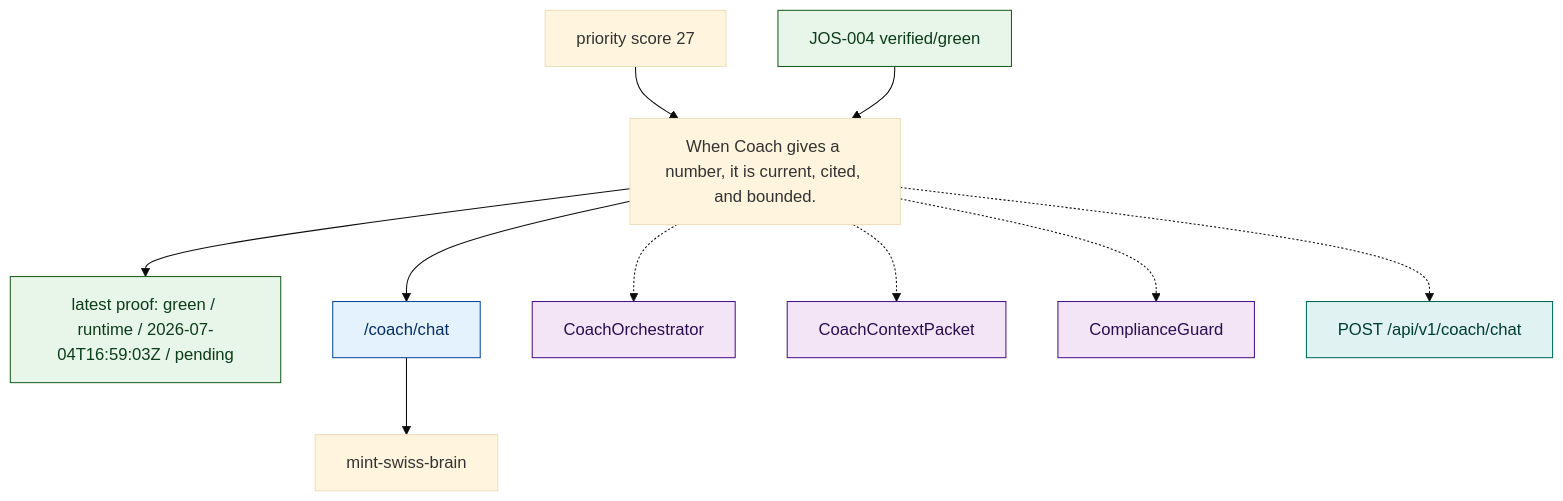
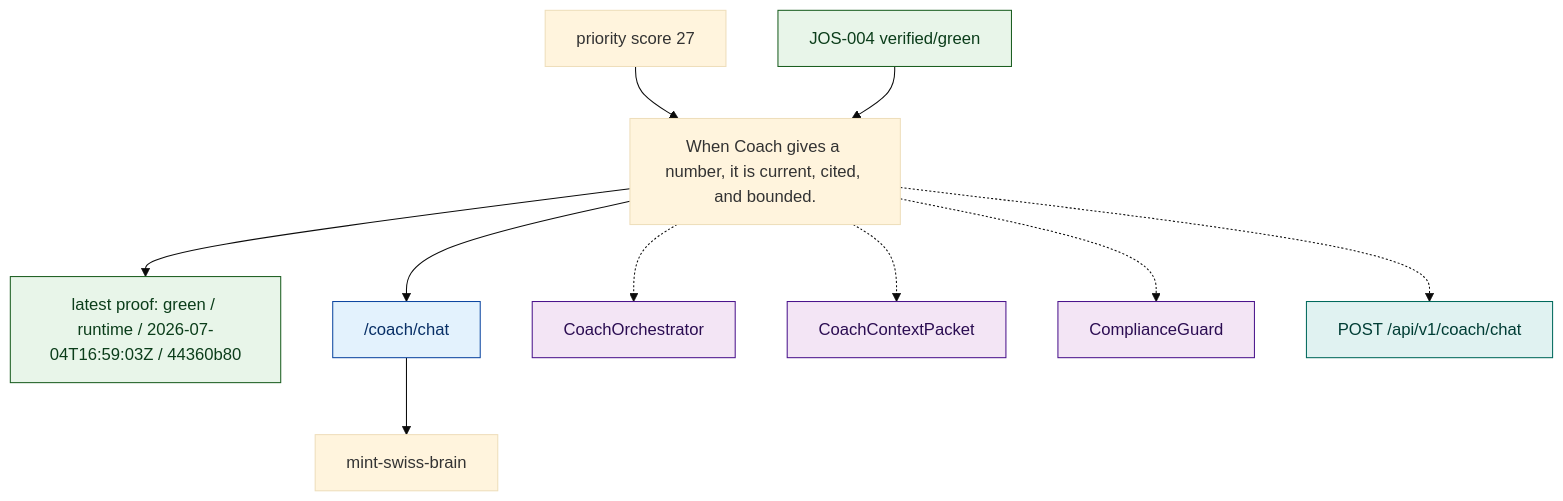
One commit to MINT-IA/MINT changed the diagram in .planning/journeys/diagrams/coach_advice_turn.mmd. Above: the diagram before and after it, drawn with Mermaid (base theme). The commit also changed 3 other files, not shown here.

```diff
--- a/.planning/journeys/diagrams/coach_advice_turn.mmd
+++ b/.planning/journeys/diagrams/coach_advice_turn.mmd
@@ -1,36 +1,36 @@
 %% Generated from .planning/journeys/records/coach_advice_turn.json
 flowchart TD
   promise["When Coach gives a number, it is current, cited, and bounded."]
   team["mint-swiss-brain"]
-  latest["latest proof: green / runtime / 2026-07-04T16:59:03Z / pending"]
+  latest["latest proof: green / runtime / 2026-07-04T16:59:03Z / 44360b80"]
   promise --> latest
   classDef green fill:#e8f5e9,stroke:#1b5e20,color:#0b3d1a;
   classDef red fill:#ffebee,stroke:#b71c1c,color:#5f1111;
   classDef amber fill:#fff8e1,stroke:#ff8f00,color:#5f3b00;
   classDef blocked fill:#eceff1,stroke:#455a64,color:#263238;
   classDef neutral fill:#f5f5f5,stroke:#616161,color:#212121;
   classDef route fill:#e3f2fd,stroke:#0d47a1,color:#082f66;
   classDef surface fill:#f3e5f5,stroke:#4a148c,color:#2b0d52;
   classDef api fill:#e0f2f1,stroke:#00695c,color:#003d35;
   class latest green
   priority["priority score 27"]
   priority --> promise
   route_coach_chat["/coach/chat"]
   promise --> route_coach_chat
   route_coach_chat --> team
   class route_coach_chat route
   surface_CoachOrchestrator["CoachOrchestrator"]
   promise -.-> surface_CoachOrchestrator
   class surface_CoachOrchestrator surface
   surface_CoachContextPacket["CoachContextPacket"]
   promise -.-> surface_CoachContextPacket
   class surface_CoachContextPacket surface
   surface_ComplianceGuard["ComplianceGuard"]
   promise -.-> surface_ComplianceGuard
   class surface_ComplianceGuard surface
   api_POST_api_v1_coach_chat["POST /api/v1/coach/chat"]
   promise -.-> api_POST_api_v1_coach_chat
   class api_POST_api_v1_coach_chat api
   issue_JOS_004["JOS-004 verified/green"]
   issue_JOS_004 --> promise
   class issue_JOS_004 green
```
